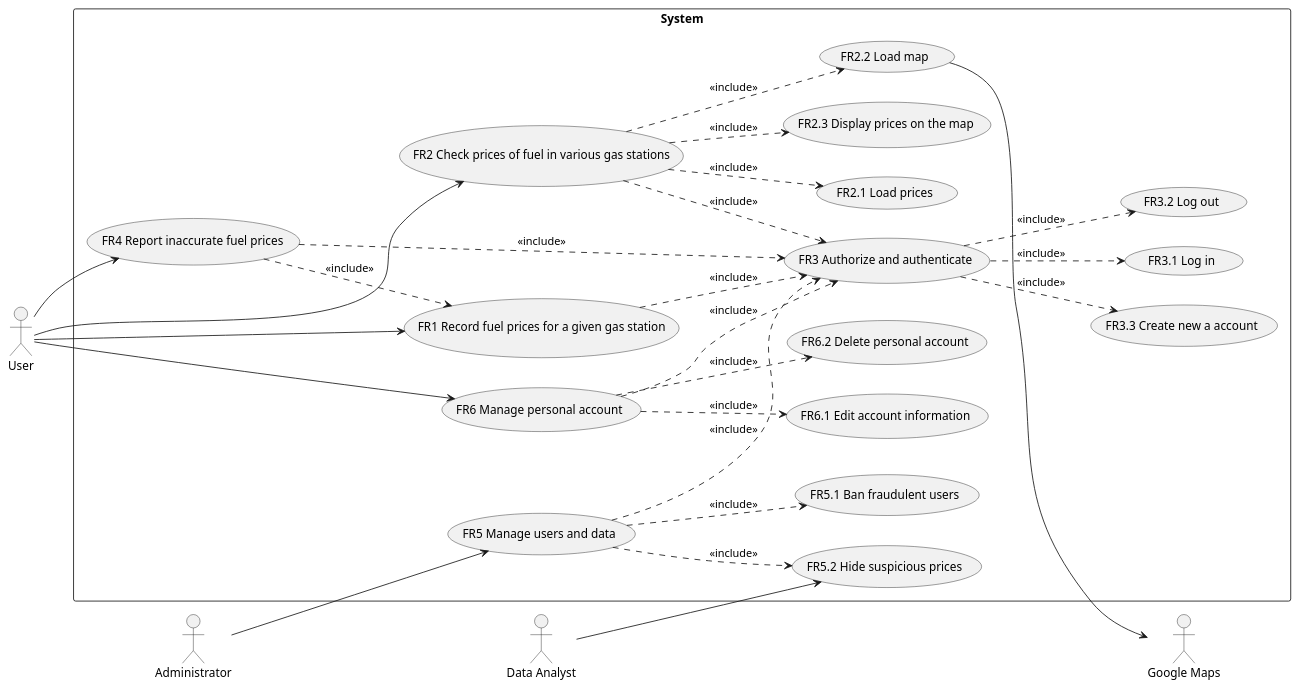
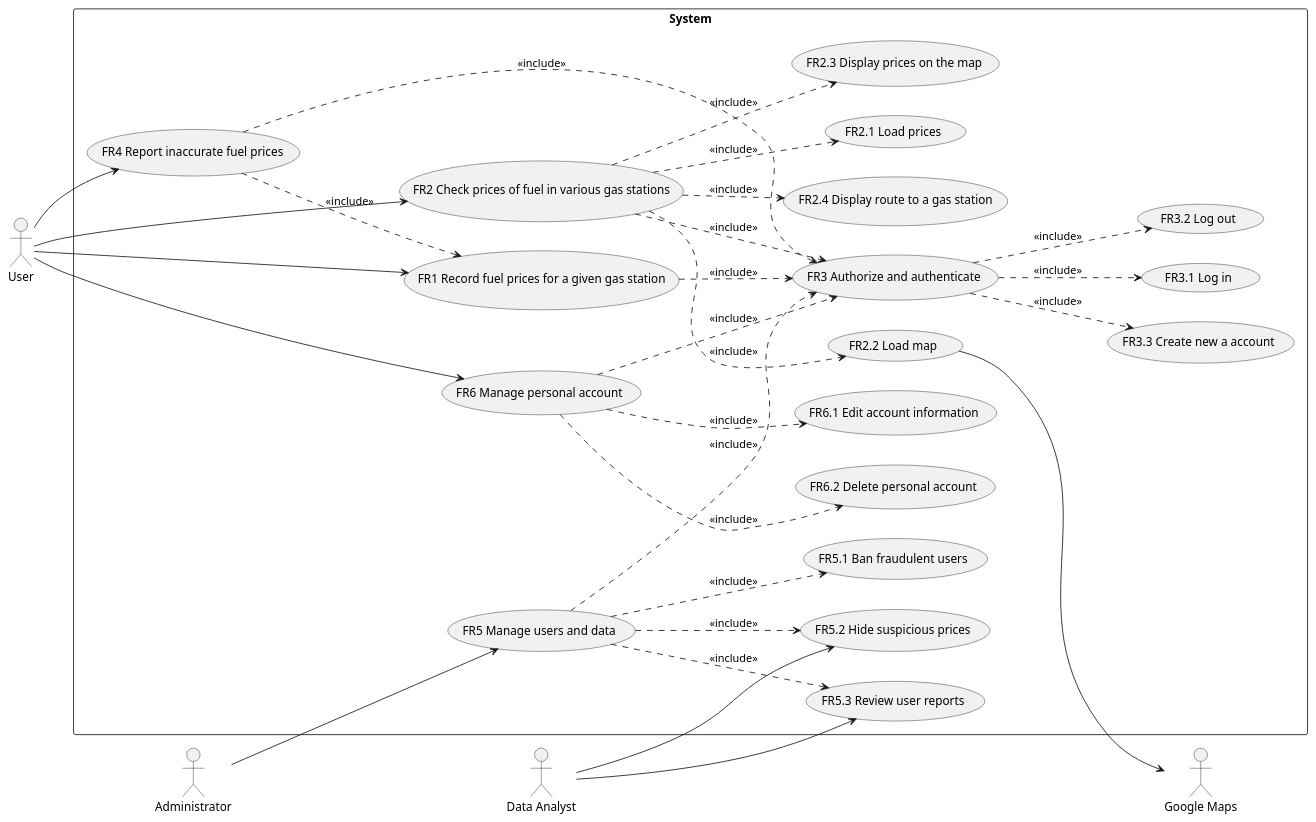
The second of 4 diagrams in docs/RequirementsDocument.md (mosTavassoli/ezgas), drawn with PlantUML before and after one commit. The commit also changed other lines of this file and 1 other file, not shown here.

````diff
--- a/docs/RequirementsDocument.md
+++ b/docs/RequirementsDocument.md
@@ -129,34 +130,37 @@
 ```plantuml
 left to right direction
 actor User as u
 actor Administrator as admin
 actor "Google Maps" as gm
 actor "Data Analyst" as da
 rectangle System{
 u --> (FR1 Record fuel prices for a given gas station)
 u --> (FR2 Check prices of fuel in various gas stations)
 u --> (FR4 Report inaccurate fuel prices)
 u --> (FR6 Manage personal account)
 admin --> (FR5 Manage users and data)
 da --> (FR5.2 Hide suspicious prices)
+da --> (FR5.3 Review user reports)
 (FR2.2 Load map) --> gm
 
 (FR1 Record fuel prices for a given gas station) ..> (FR3 Authorize and authenticate):<<include>>
 (FR2 Check prices of fuel in various gas stations) ..> (FR2.1 Load prices):<<include>>
 (FR2 Check prices of fuel in various gas stations) ..> (FR2.2 Load map):<<include>>
 (FR2 Check prices of fuel in various gas stations) ..> (FR2.3 Display prices on the map):<<include>>
+(FR2 Check prices of fuel in various gas stations) ..> (FR2.4 Display route to a gas station):<<include>>
 (FR2 Check prices of fuel in various gas stations) ..> (FR3 Authorize and authenticate):<<include>>
 
 (FR3 Authorize and authenticate) ..> (FR3.1 Log in):<<include>>
 (FR3 Authorize and authenticate) ..> (FR3.2 Log out):<<include>>
 (FR3 Authorize and authenticate) ..> (FR3.3 Create new a account):<<include>>
 (FR4 Report inaccurate fuel prices) ..> (FR1 Record fuel prices for a given gas station):<<include>>
 (FR4 Report inaccurate fuel prices) ..> (FR3 Authorize and authenticate):<<include>>
 (FR5 Manage users and data) ..> (FR3 Authorize and authenticate):<<include>>
-(FR5 Manage users and data) ..>(FR5.1 Ban fraudulent users):<<include>>
-(FR5 Manage users and data) ..>(FR5.2 Hide suspicious prices):<<include>>
+(FR5 Manage users and data) ..> (FR5.1 Ban fraudulent users):<<include>>
+(FR5 Manage users and data) ..> (FR5.2 Hide suspicious prices):<<include>>
+(FR5 Manage users and data) ..> (FR5.3 Review user reports):<<include>>
 (FR6 Manage personal account) ..> (FR3 Authorize and authenticate):<<include>>
 (FR6 Manage personal account) ..> (FR6.1 Edit account information):<<include>>
 (FR6 Manage personal account) ..> (FR6.2 Delete personal account):<<include>>
 
 ```
````
